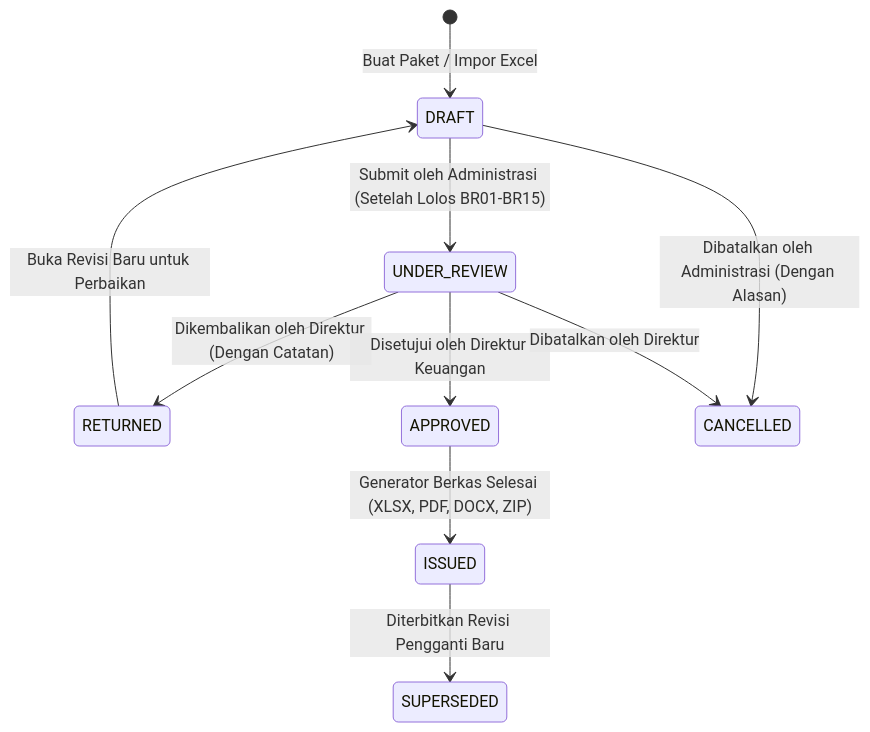
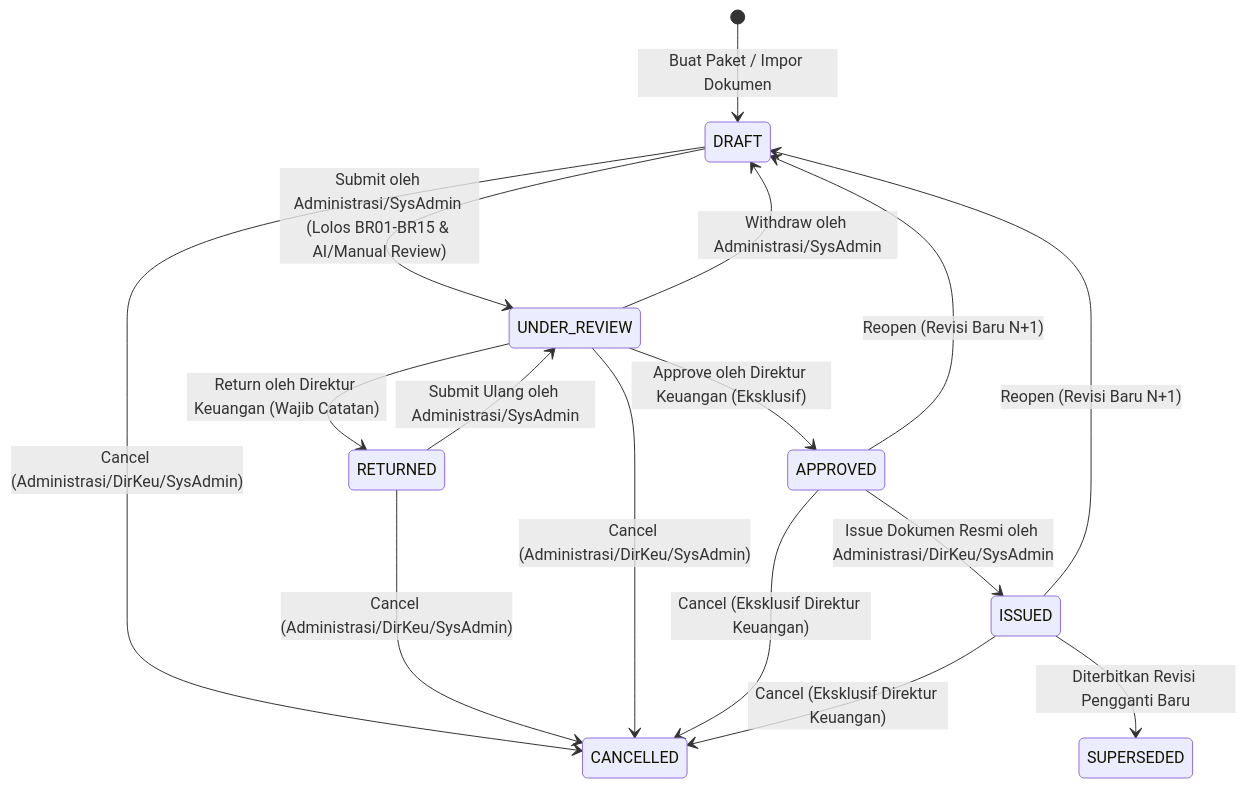
Before and after one commit to hsal12345/pci-procurement-automation: the diagram in backend/app/knowledge/system_knowledge.md, drawn with Mermaid. The commit also changed other lines of this file and 8 other files, not shown here.

````diff
--- a/backend/app/knowledge/system_knowledge.md
+++ b/backend/app/knowledge/system_knowledge.md
@@ -122,12 +137,18 @@
 ```mermaid
 stateDiagram-v2
-    [*] --> DRAFT : Buat Paket / Impor Excel
-    DRAFT --> UNDER_REVIEW : Submit oleh Administrasi (Setelah Lolos BR01-BR15)
-    UNDER_REVIEW --> RETURNED : Dikembalikan oleh Direktur (Dengan Catatan)
-    RETURNED --> DRAFT : Buka Revisi Baru untuk Perbaikan
-    UNDER_REVIEW --> APPROVED : Disetujui oleh Direktur Keuangan
-    APPROVED --> ISSUED : Generator Berkas Selesai (XLSX, PDF, DOCX, ZIP)
+    [*] --> DRAFT : Buat Paket / Impor Dokumen
+    DRAFT --> UNDER_REVIEW : Submit oleh Administrasi/SysAdmin (Lolos BR01-BR15 & AI/Manual Review)
+    UNDER_REVIEW --> DRAFT : Withdraw oleh Administrasi/SysAdmin
+    UNDER_REVIEW --> RETURNED : Return oleh Direktur Keuangan (Wajib Catatan)
+    RETURNED --> UNDER_REVIEW : Submit Ulang oleh Administrasi/SysAdmin
+    UNDER_REVIEW --> APPROVED : Approve oleh Direktur Keuangan (Eksklusif)
+    APPROVED --> ISSUED : Issue Dokumen Resmi oleh Administrasi/DirKeu/SysAdmin
+    APPROVED --> DRAFT : Reopen (Revisi Baru N+1)
+    ISSUED --> DRAFT : Reopen (Revisi Baru N+1)
     ISSUED --> SUPERSEDED : Diterbitkan Revisi Pengganti Baru
-    DRAFT --> CANCELLED : Dibatalkan oleh Administrasi (Dengan Alasan)
-    UNDER_REVIEW --> CANCELLED : Dibatalkan oleh Direktur
+    DRAFT --> CANCELLED : Cancel (Administrasi/DirKeu/SysAdmin)
+    RETURNED --> CANCELLED : Cancel (Administrasi/DirKeu/SysAdmin)
+    UNDER_REVIEW --> CANCELLED : Cancel (Administrasi/DirKeu/SysAdmin)
+    APPROVED --> CANCELLED : Cancel (Eksklusif Direktur Keuangan)
+    ISSUED --> CANCELLED : Cancel (Eksklusif Direktur Keuangan)
 ```
````
